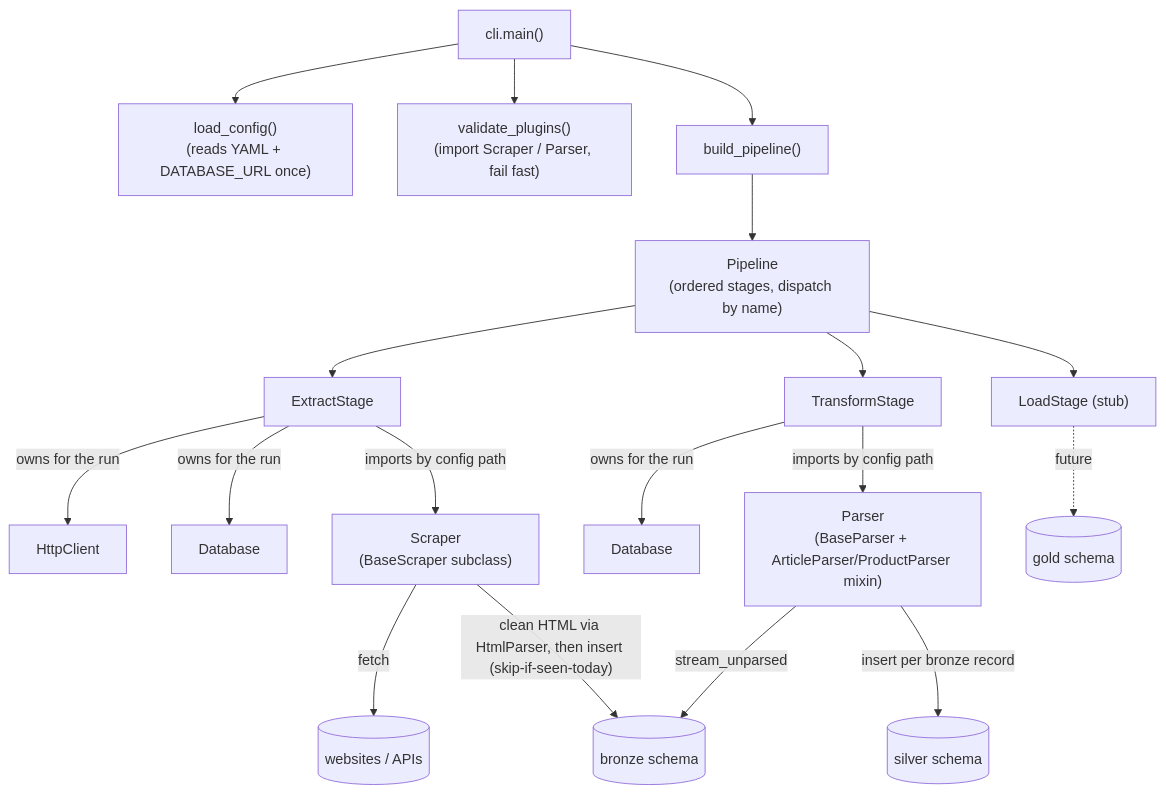
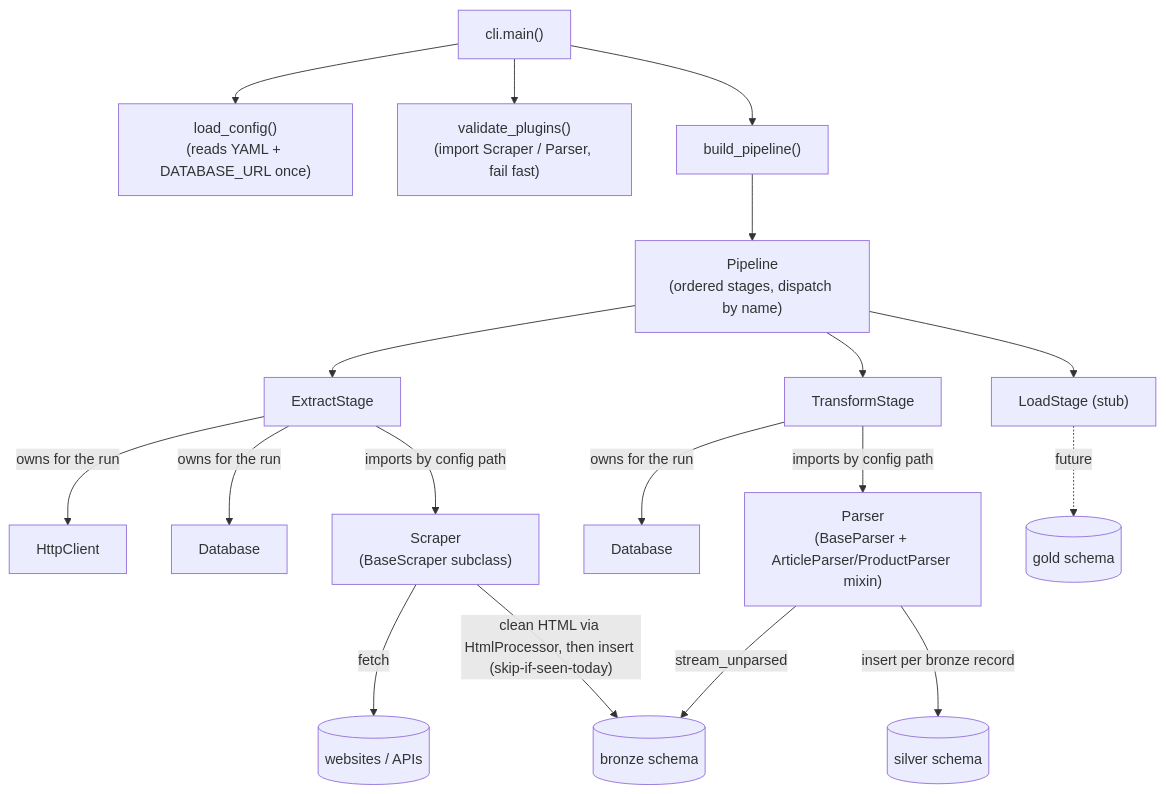
One commit to quanturtle/galactus changed the first of 3 diagrams in README.md. Above: the diagram before and after it, drawn with Mermaid. The commit also changed other lines of this file and 3 other files, not shown here.

First line of the commit message:
extract: rename HtmlParser to HtmlProcessor, make it optional on BaseScraper

````diff
--- a/README.md
+++ b/README.md
@@ -83,23 +83,23 @@
 ```mermaid
 flowchart TD
     cli["cli.main()"] --> lc["load_config()<br/>(reads YAML + DATABASE_URL once)"]
     cli --> vp["validate_plugins()<br/>(import Scraper / Parser, fail fast)"]
     cli --> bp["build_pipeline()"]
     bp --> P["Pipeline<br/>(ordered stages, dispatch by name)"]
     P --> ES["ExtractStage"]
     P --> TS["TransformStage"]
     P --> LS["LoadStage (stub)"]
 
     ES -->|owns for the run| HC["HttpClient"]
     ES -->|owns for the run| DB1["Database"]
     ES -->|imports by config path| SC["Scraper<br/>(BaseScraper subclass)"]
     SC -->|fetch| WEB[("websites / APIs")]
-    SC -->|"clean HTML via HtmlParser, then insert (skip-if-seen-today)"| BRZ[("bronze schema")]
+    SC -->|"clean HTML via HtmlProcessor, then insert (skip-if-seen-today)"| BRZ[("bronze schema")]
 
     TS -->|owns for the run| DB2["Database"]
     TS -->|imports by config path| PR["Parser<br/>(BaseParser + ArticleParser/ProductParser mixin)"]
     PR -->|stream_unparsed| BRZ
     PR -->|insert per bronze record| SLV[("silver schema")]
 
     LS -.future.-> GLD[("gold schema")]
 ```
````
